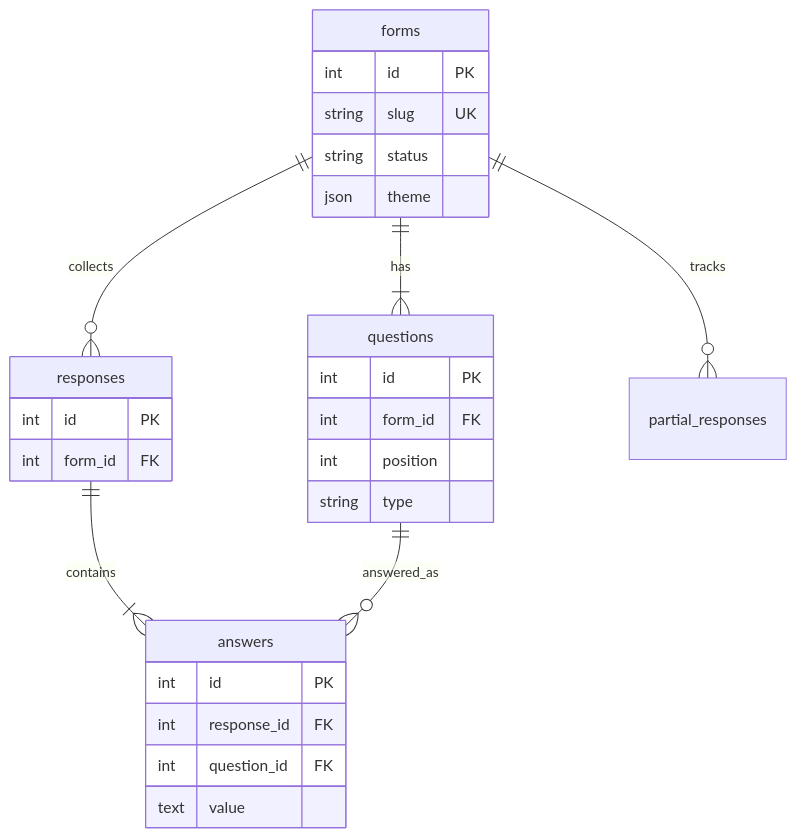
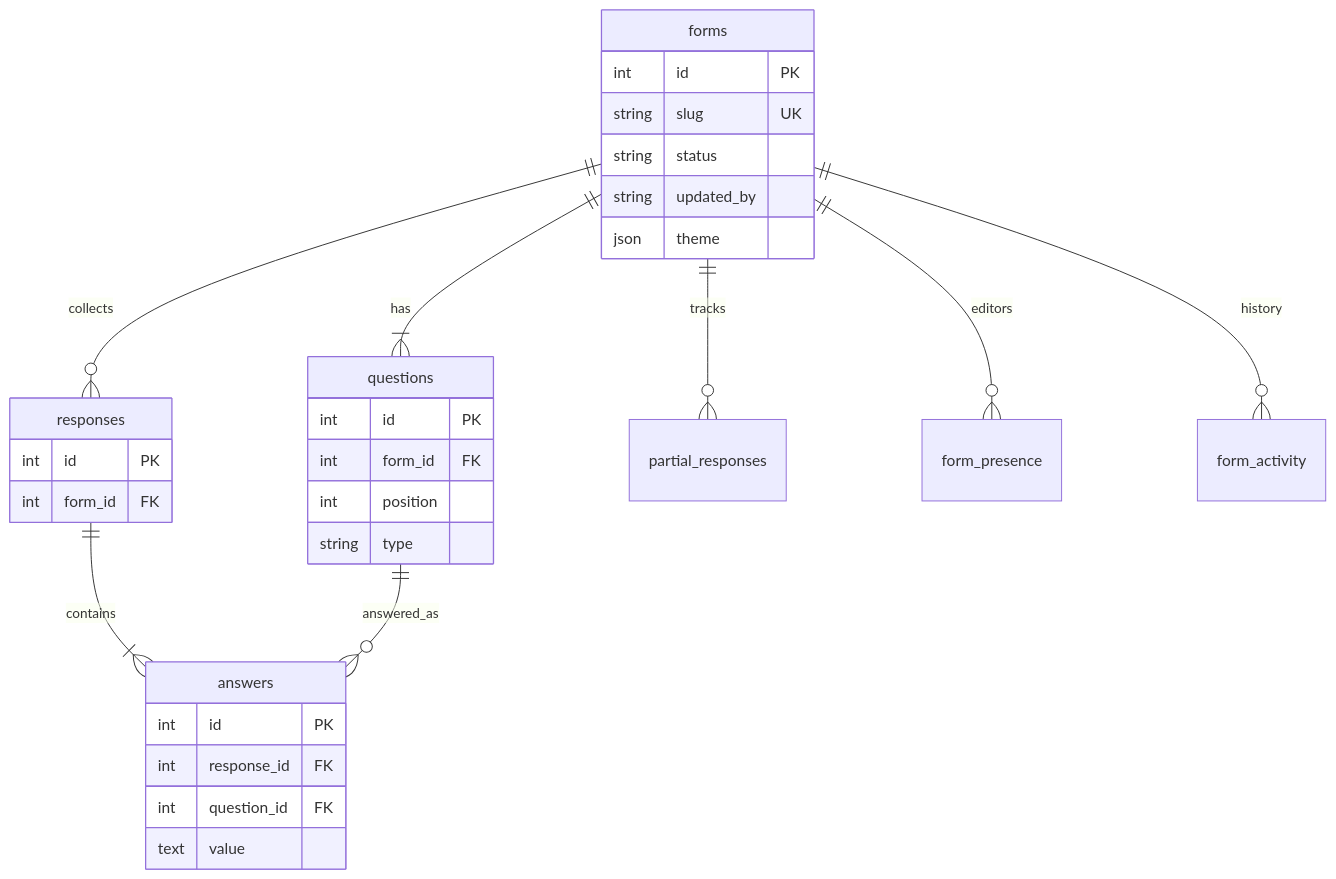
Before and after one commit to ruthwikkakumani/formly: the diagram in README.md, drawn with Mermaid. The commit also changed other lines of this file and 11 other files, not shown here.

First line of the commit message:
docs: sync LLD and UML with live presence and activity history

````diff
--- a/README.md
+++ b/README.md
@@ -79,31 +79,34 @@
 ```mermaid
 erDiagram
   forms ||--|{ questions : has
   forms ||--o{ responses : collects
   forms ||--o{ partial_responses : tracks
+  forms ||--o{ form_presence : editors
+  forms ||--o{ form_activity : history
   responses ||--|{ answers : contains
   questions ||--o{ answers : answered_as
 
   forms {
     int id PK
     string slug UK
     string status
+    string updated_by
     json theme
   }
   questions {
     int id PK
     int form_id FK
     int position
     string type
   }
   responses {
     int id PK
     int form_id FK
   }
   answers {
     int id PK
     int response_id FK
     int question_id FK
     text value
   }
 ```
````
